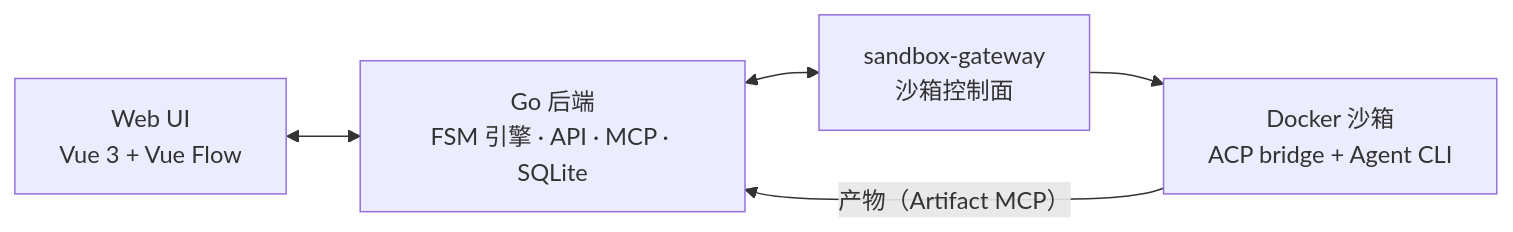
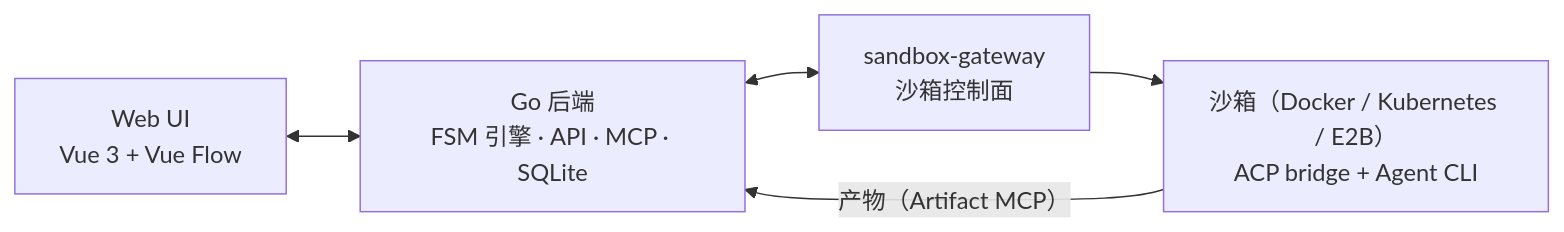
One commit to cocofhu/grasp changed the second of 2 diagrams in README.zh-CN.md. Above: the diagram before and after it, drawn with Mermaid. The commit also changed other lines of this file and 11 other files, not shown here.

````diff
--- a/README.zh-CN.md
+++ b/README.zh-CN.md
@@ -120,7 +210,7 @@
 ```mermaid
 flowchart LR
     UI["Web UI<br/>Vue 3 + Vue Flow"] <--> S["Go 后端<br/>FSM 引擎 · API · MCP · SQLite"]
     S <--> G["sandbox-gateway<br/>沙箱控制面"]
-    G --> B["Docker 沙箱<br/>ACP bridge + Agent CLI"]
+    G --> B["沙箱（Docker / Kubernetes / E2B）<br/>ACP bridge + Agent CLI"]
     B -- "产物（Artifact MCP）" --> S
 ```
````
